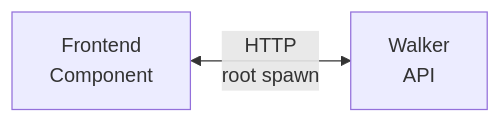
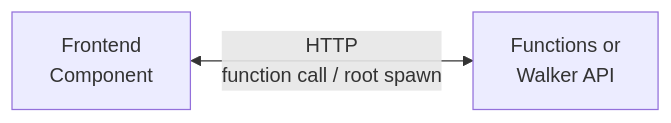
One commit to jaseci-labs/jac changed the diagram in docs/docs/tutorials/fullstack/backend.md. Above: the diagram before and after it, drawn with Mermaid. The commit also changed other lines of this file and 13 other files, not shown here.

````diff
--- a/docs/docs/tutorials/fullstack/backend.md
+++ b/docs/docs/tutorials/fullstack/backend.md
@@ -21,4 +21,4 @@
 ```mermaid
 graph LR
-    Frontend["Frontend<br/>Component"] <-- "HTTP<br/>root spawn" --> Backend["Walker<br/>API"]
+    Frontend["Frontend<br/>Component"] <-- "HTTP<br/>function call / root spawn" --> Backend["Functions or<br/>Walker API"]
 ```
````
